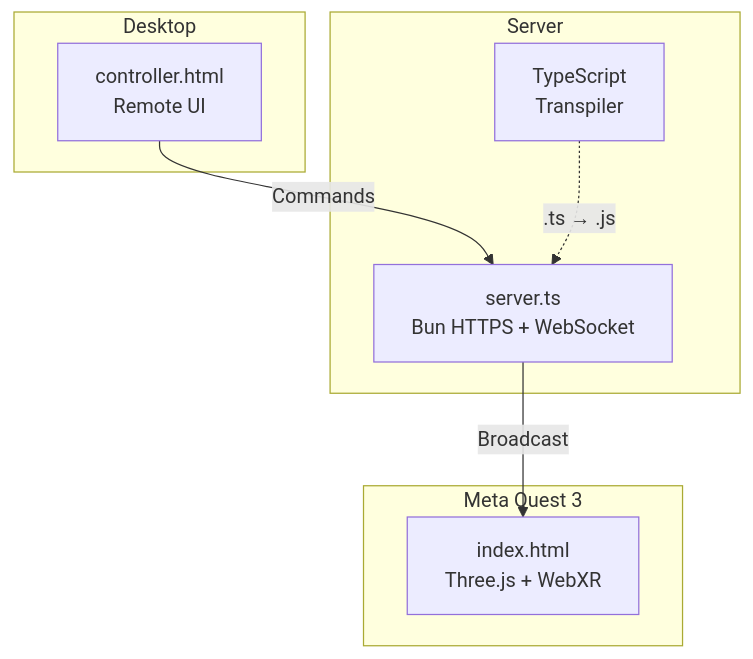
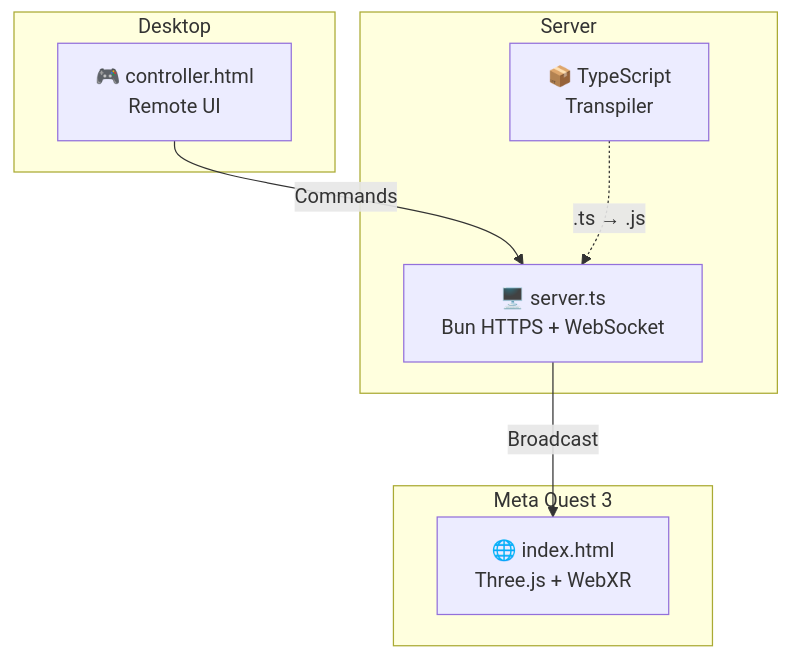
One commit to nasti-cpu/neural-flight-v2 changed the diagram in README.md. Above: the diagram before and after it, drawn with Mermaid. The commit also changed other lines of this file and 8 other files, not shown here.

````diff
--- a/README.md
+++ b/README.md
@@ -7,19 +12,19 @@
 ```mermaid
 graph TB
     subgraph Desktop
-        C[controller.html<br/>Remote UI]
+        C[🎮 controller.html<br/>Remote UI]
     end
 
     subgraph Server
-        S[server.ts<br/>Bun HTTPS + WebSocket]
-        T[TypeScript<br/>Transpiler]
+        S[🖥️ server.ts<br/>Bun HTTPS + WebSocket]
+        T[📦 TypeScript<br/>Transpiler]
     end
 
     subgraph Meta Quest 3
-        Q[index.html<br/>Three.js + WebXR]
+        Q[🌐 index.html<br/>Three.js + WebXR]
     end
 
     C -->|Commands| S
     S -->|Broadcast| Q
     T -.->|.ts → .js| S
 ```
````
